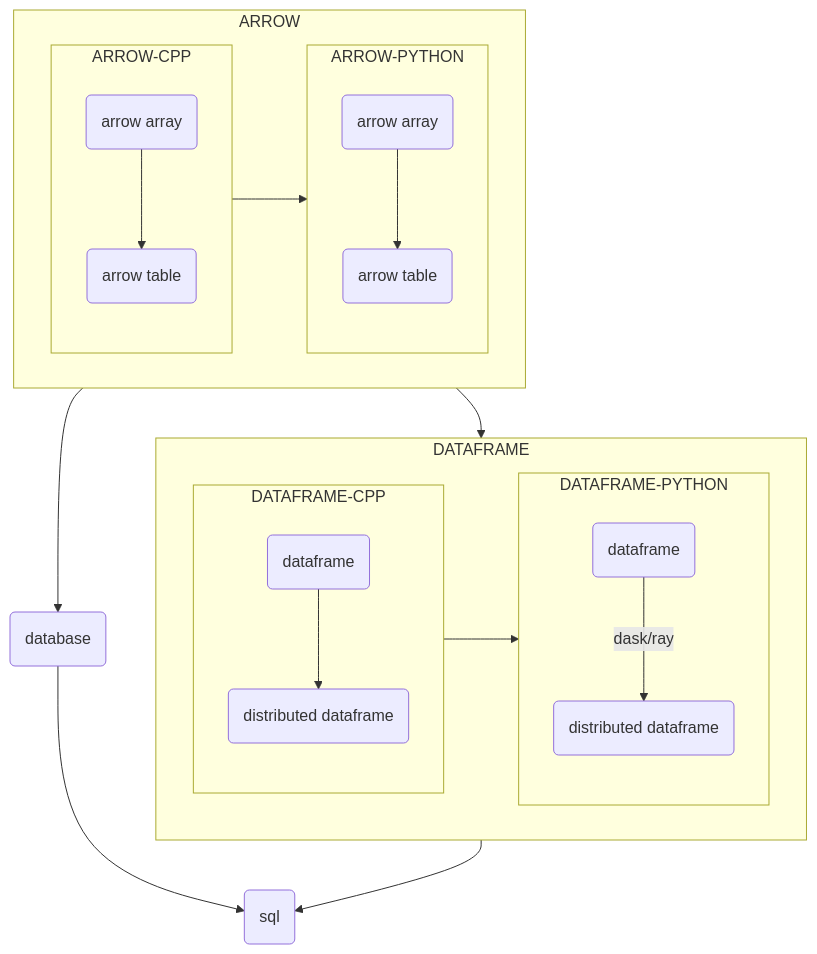
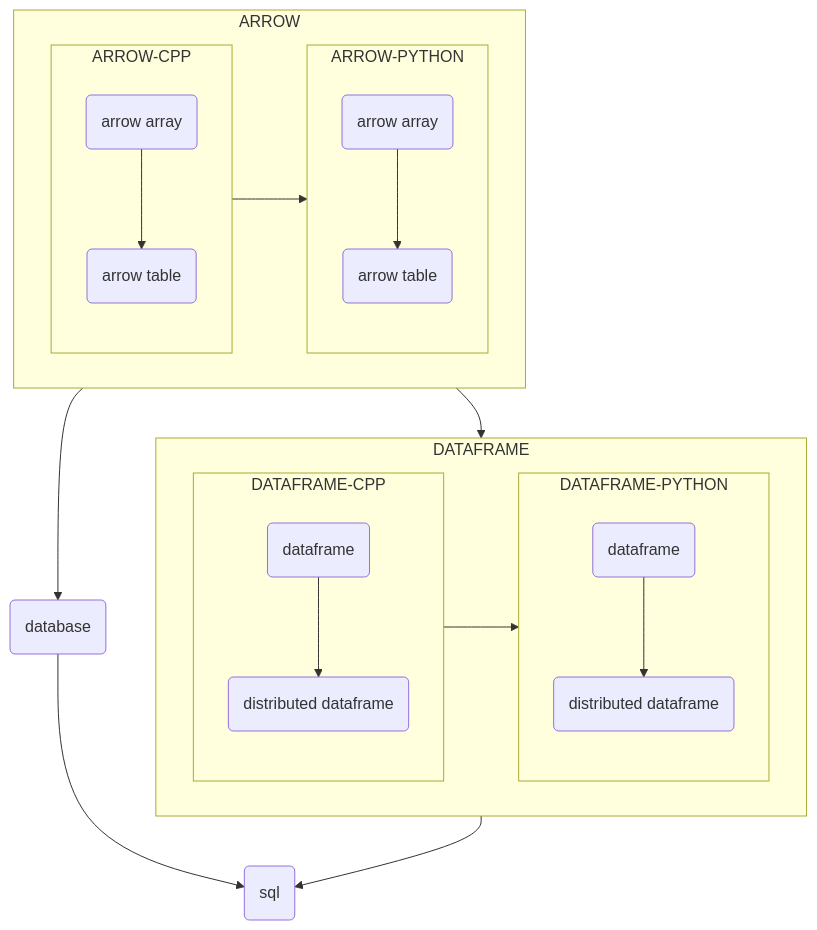
Before and after one commit to gaoxinge/machine-learning: the diagram in dataframe/cpp/README.md, drawn with Mermaid. The commit also changed 1 other file, not shown here.

Commit message:
tensor && dataframe

````diff
--- a/dataframe/cpp/README.md
+++ b/dataframe/cpp/README.md
@@ -5,42 +5,42 @@
 ```mermaid
 flowchart TD
   subgraph ARROW
     subgraph ARROW-CPP
       A(arrow array)
       B(arrow table)
       A --> B
     end
 
     subgraph ARROW-PYTHON
       E(arrow array)
       F(arrow table)
       E --> F
     end
 
     ARROW-CPP --> ARROW-PYTHON
   end
 
   subgraph DATAFRAME
     subgraph DATAFRAME-CPP
       C(dataframe)
       D(distributed dataframe)
       C --> D
     end
 
     subgraph DATAFRAME-PYTHON
       G(dataframe)
       H(distributed dataframe)
-      G -- dask/ray --> H
+      G --> H
     end
 
     DATAFRAME-CPP --> DATAFRAME-PYTHON
   end
 
   I(database)
   J(sql)
 
   ARROW --> DATAFRAME
   ARROW --> I
   DATAFRAME --> J
   I --> J
 ```
````
